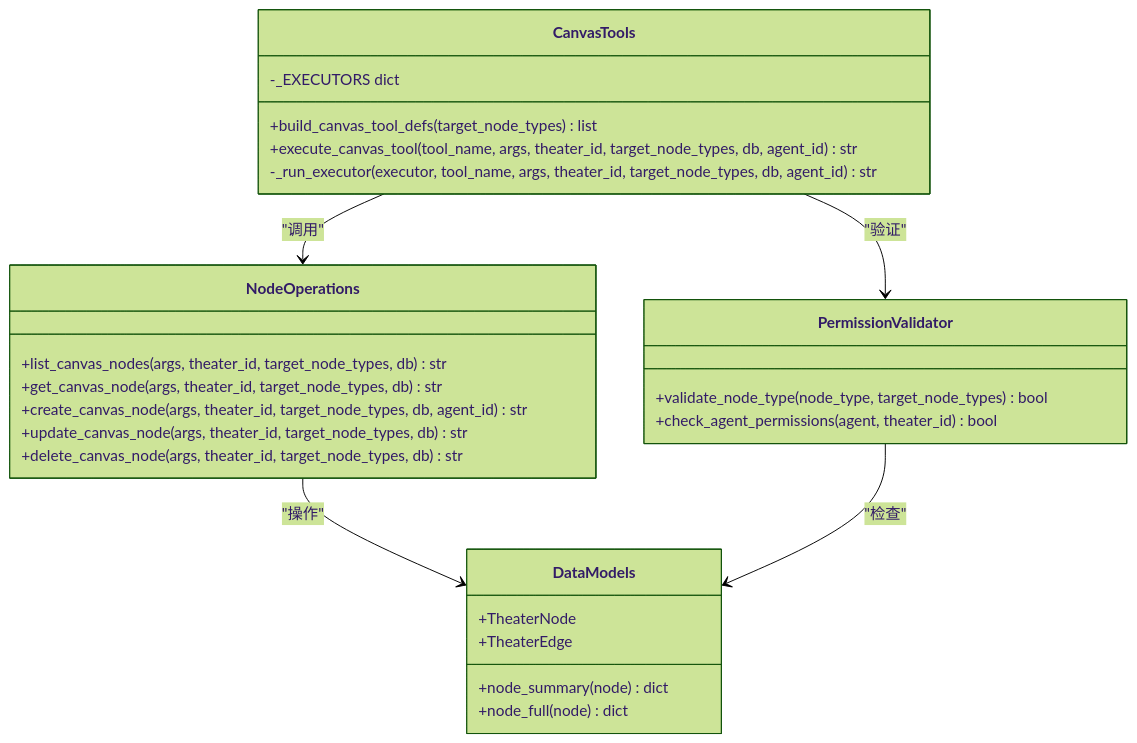
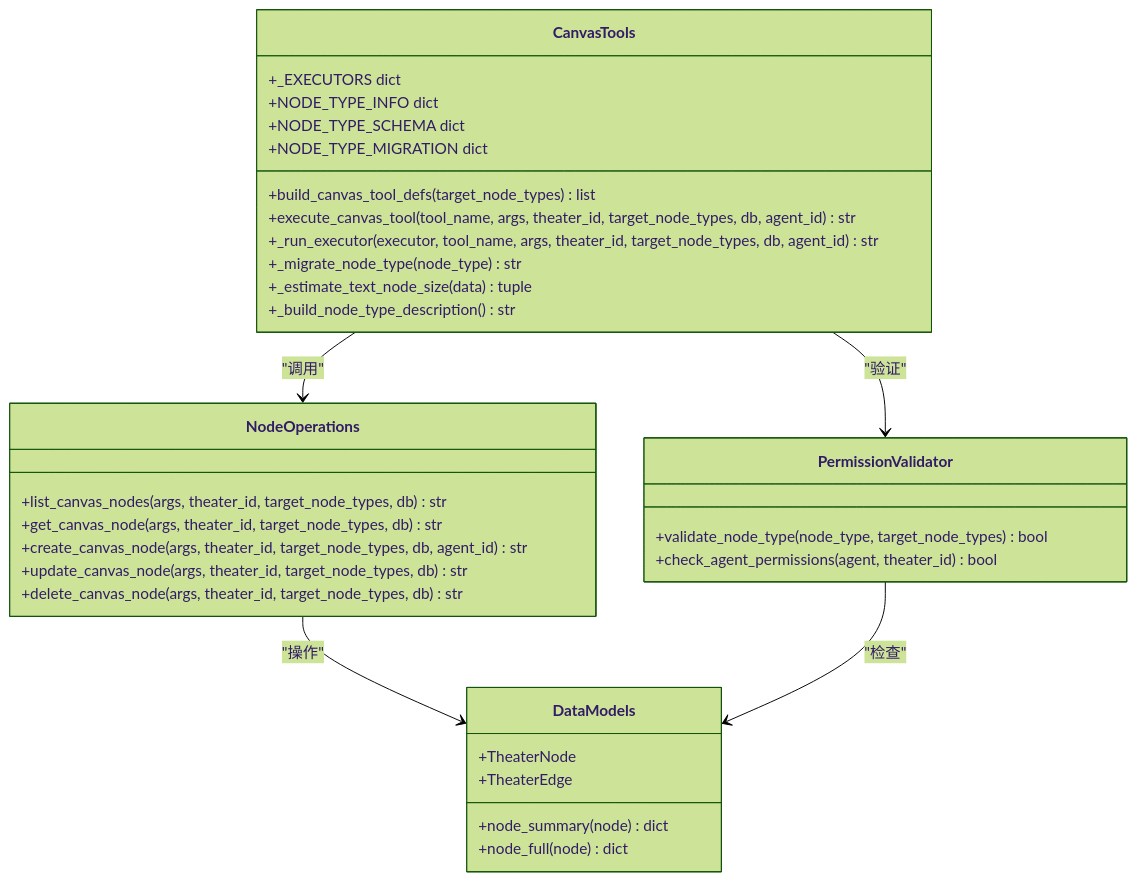
One commit to KunLabAI/KunFlix changed the third of 7 diagrams in .qoder/repowiki/zh/content/后端开发指南/画布工具服务.md. Above: the diagram before and after it, drawn with Mermaid (forest theme). The commit also changed other lines of this file and 12 other files, not shown here.

````diff
--- a/.qoder/repowiki/zh/content/后端开发指南/画布工具服务.md
+++ b/.qoder/repowiki/zh/content/后端开发指南/画布工具服务.md
@@ -186,30 +201,36 @@
 ```mermaid
 classDiagram
 class CanvasTools {
 +build_canvas_tool_defs(target_node_types) list
 +execute_canvas_tool(tool_name, args, theater_id, target_node_types, db, agent_id) str
--_run_executor(executor, tool_name, args, theater_id, target_node_types, db, agent_id) str
--_EXECUTORS dict
++_run_executor(executor, tool_name, args, theater_id, target_node_types, db, agent_id) str
++_EXECUTORS dict
++NODE_TYPE_INFO dict
++NODE_TYPE_SCHEMA dict
++NODE_TYPE_MIGRATION dict
++_migrate_node_type(node_type) str
++_estimate_text_node_size(data) tuple
++_build_node_type_description() str
 }
 class NodeOperations {
 +list_canvas_nodes(args, theater_id, target_node_types, db) str
 +get_canvas_node(args, theater_id, target_node_types, db) str
 +create_canvas_node(args, theater_id, target_node_types, db, agent_id) str
 +update_canvas_node(args, theater_id, target_node_types, db) str
 +delete_canvas_node(args, theater_id, target_node_types, db) str
 }
 class DataModels {
 +TheaterNode
 +TheaterEdge
 +node_summary(node) dict
 +node_full(node) dict
 }
 class PermissionValidator {
 +validate_node_type(node_type, target_node_types) bool
 +check_agent_permissions(agent, theater_id) bool
 }
 CanvasTools --> NodeOperations : "调用"
 CanvasTools --> PermissionValidator : "验证"
 NodeOperations --> DataModels : "操作"
 PermissionValidator --> DataModels : "检查"
 ```
````
